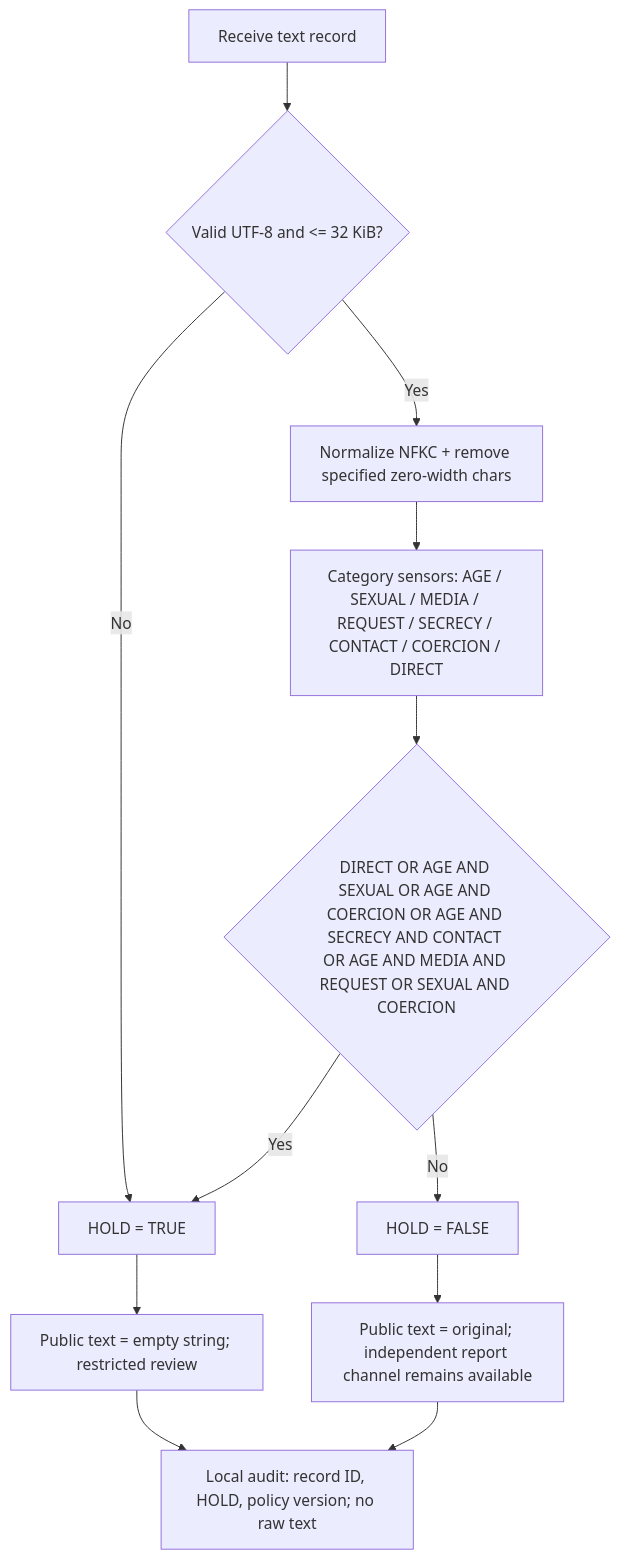
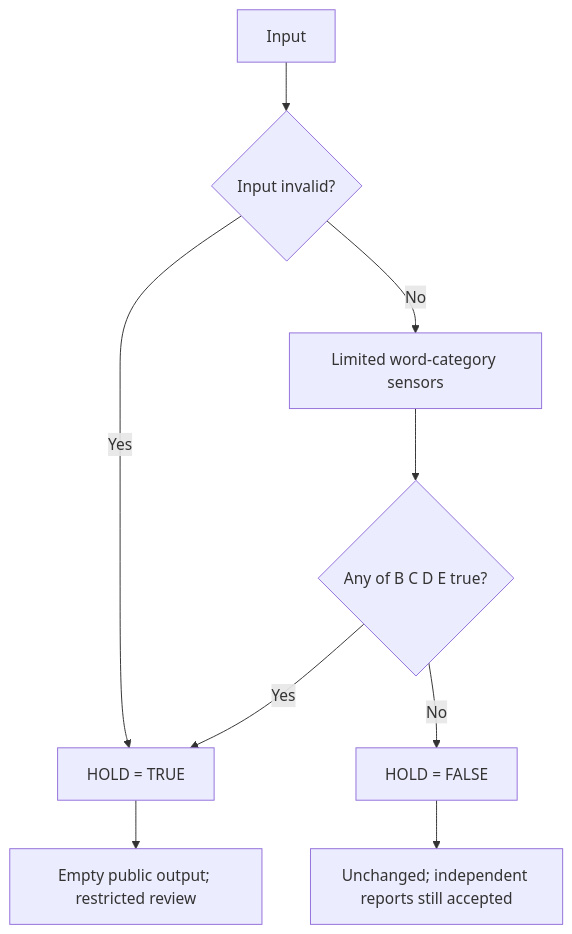
Before and after one commit to pcheek1991/pcheek1991: the diagram in projects/single-bit-content-gate/README.md, drawn with Mermaid. The commit also changed other lines of this file, not shown here.

Commit message:
Replace verbose project README with five-input one-bit PLC chart and source map

````diff
--- a/projects/single-bit-content-gate/README.md
+++ b/projects/single-bit-content-gate/README.md
@@ -26,14 +24,11 @@
 ```mermaid
 flowchart TD
-  IN[Receive text record] --> V{Valid UTF-8 and <= 32 KiB?}
-  V -- No --> ONE[HOLD = TRUE]
-  V -- Yes --> L[Normalize NFKC + remove specified zero-width chars]
-  L --> S[Category sensors: AGE / SEXUAL / MEDIA / REQUEST / SECRECY / CONTACT / COERCION / DIRECT]
-  S --> G{DIRECT OR AGE AND SEXUAL OR AGE AND COERCION OR AGE AND SECRECY AND CONTACT OR AGE AND MEDIA AND REQUEST OR SEXUAL AND COERCION}
-  G -- Yes --> ONE
-  G -- No --> ZERO[HOLD = FALSE]
-  ONE --> BLANK[Public text = empty string; restricted review]
-  ZERO --> KEEP[Public text = original; independent report channel remains available]
-  BLANK --> AUDIT[Local audit: record ID, HOLD, policy version; no raw text]
-  KEEP --> AUDIT
+  X[Input] --> A{Input invalid?}
+  A -- Yes --> H[HOLD = TRUE]
+  A -- No --> S[Limited word-category sensors]
+  S --> P{Any of B C D E true?}
+  P -- Yes --> H
+  P -- No --> N[HOLD = FALSE]
+  H --> HR[Empty public output; restricted review]
+  N --> OK[Unchanged; independent reports still accepted]
 ```
````
